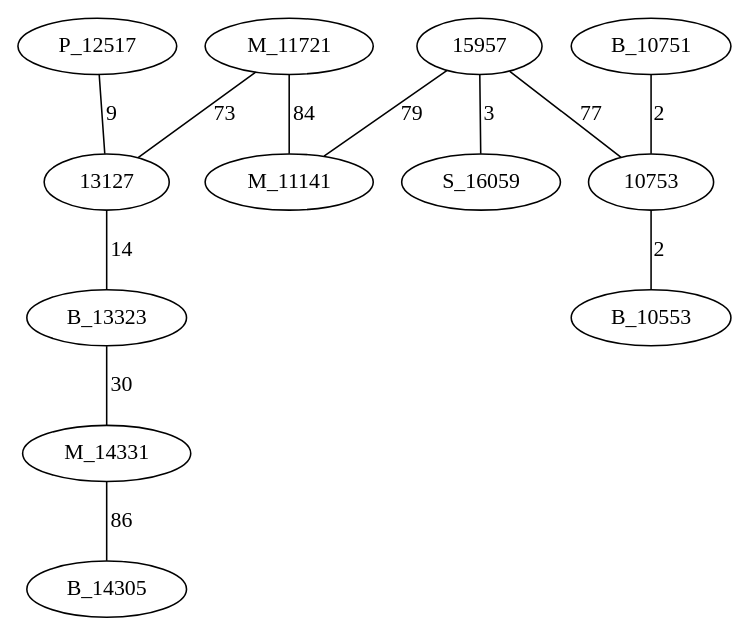
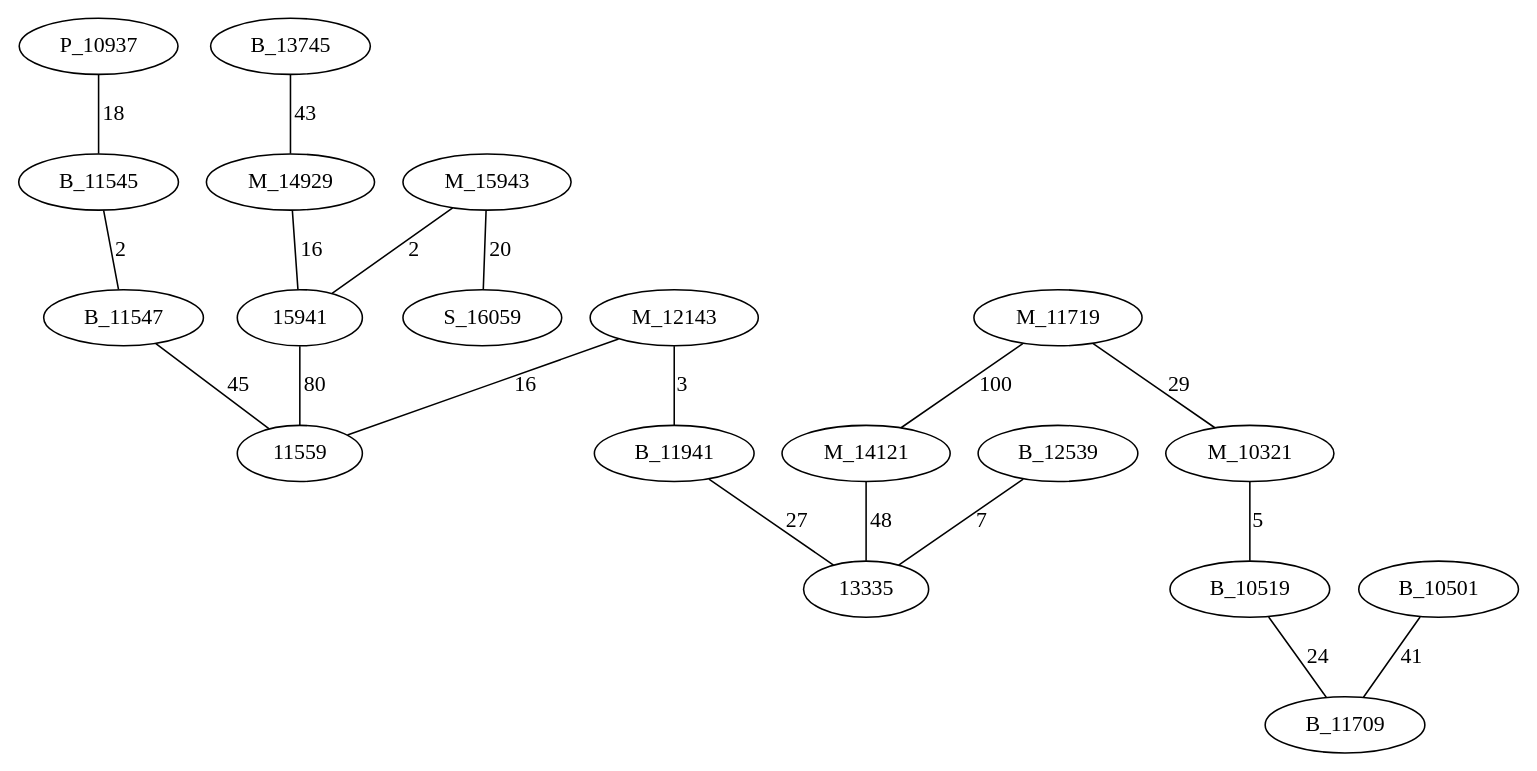
The diagram in Graph.dot (AsmNoob/Labyrinthe), drawn with Graphviz before and after one commit. The commit also changed 4 other files, not shown here.

```diff
--- a/Graph.dot
+++ b/Graph.dot
@@ -1,15 +1,22 @@
 graph chemin {
 
-	P_12517 -- 13127 [label=9]
-	M_11721 -- 13127 [label=73]
-	M_11721 -- M_11141 [label=84]
-	15957 -- M_11141 [label=79]
-	15957 -- S_16059 [label=3]
-	15957 -- 10753 [label=77]
-	13127 -- B_13323 [label=14]
-	B_13323 -- M_14331 [label=30]
-	M_14331 -- B_14305 [label=86]
-	B_10751 -- 10753 [label=2]
-	10753 -- B_10553 [label=2]
+	P_10937 -- B_11545 [label=18]
+	B_13745 -- M_14929 [label=43]
+	M_14929 -- 15941 [label=16]
+	B_10501 -- B_11709 [label=41]
+	M_12143 -- B_11941 [label=3]
+	M_12143 -- 11559 [label=16]
+	M_11719 -- M_14121 [label=100]
+	M_11719 -- M_10321 [label=29]
+	M_10321 -- B_10519 [label=5]
+	B_11941 -- 13335 [label=27]
+	B_11545 -- B_11547 [label=2]
+	B_11547 -- 11559 [label=45]
+	B_12539 -- 13335 [label=7]
+	B_10519 -- B_11709 [label=24]
+	M_15943 -- S_16059 [label=20]
+	M_15943 -- 15941 [label=2]
+	15941 -- 11559 [label=80]
+	M_14121 -- 13335 [label=48]
 
 }
```
